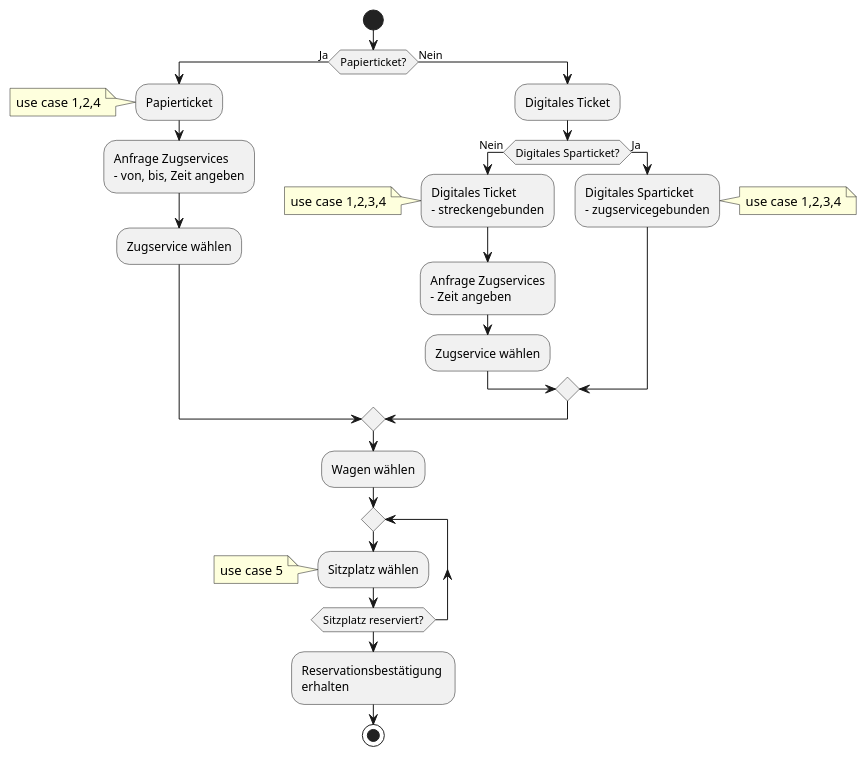
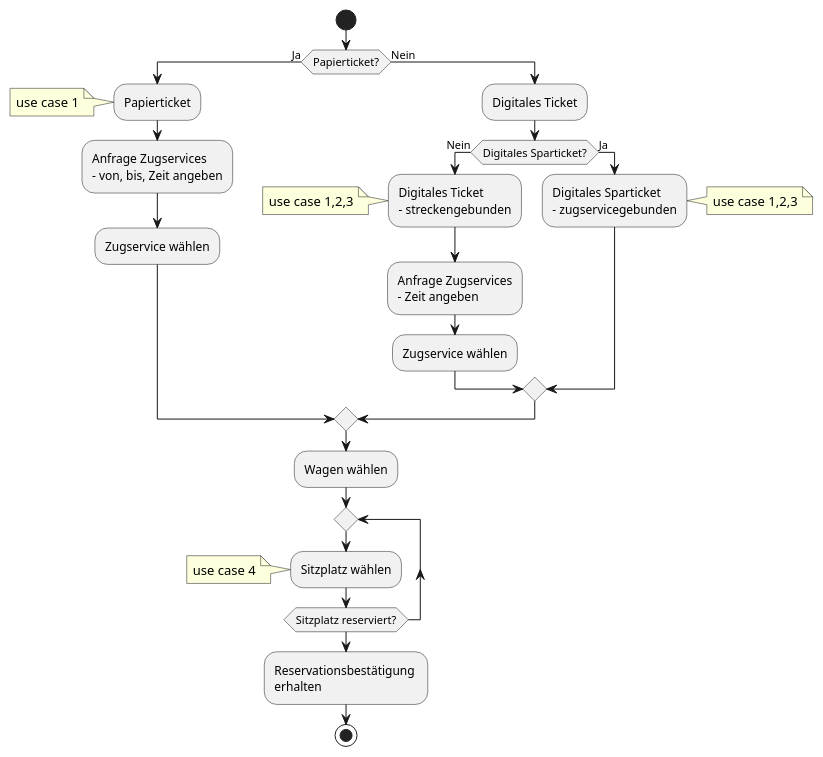
One commit to yaroth/bls changed the diagram in Projekt1/3 use case GUIs/reservation.puml. Above: the diagram before and after it, drawn with PlantUML. The commit also changed 1 other file, not shown here.

Commit message:
updates Specs and plantUML Reservationen

```diff
--- a/Projekt1/3 use case GUIs/reservation.puml
+++ b/Projekt1/3 use case GUIs/reservation.puml
@@ -1,39 +1,39 @@
 @startuml
 start
 if (Papierticket?) then (Ja)
   :Papierticket;
   note left
-    use case 1,2,4
+    use case 1
   end note
   :Anfrage Zugservices
   - von, bis, Zeit angeben;
   :Zugservice wählen;
 else (Nein)
   :Digitales Ticket;
   if (Digitales Sparticket?) then (Nein)
      :Digitales Ticket
      - streckengebunden;
      note left
-       use case 1,2,3,4
+       use case 1,2,3
      end note
      :Anfrage Zugservices
      - Zeit angeben;
      :Zugservice wählen;
    else (Ja)
      :Digitales Sparticket
      - zugservicegebunden;
      note right
-        use case 1,2,3,4
+        use case 1,2,3
      end note
    endif
 endif
    :Wagen wählen;
 repeat
     :Sitzplatz wählen;
     note left
-        use case 5
+        use case 4
     end note
 repeat while (Sitzplatz reserviert?)
 :Reservationsbestätigung \nerhalten;
 stop
 @enduml
```
